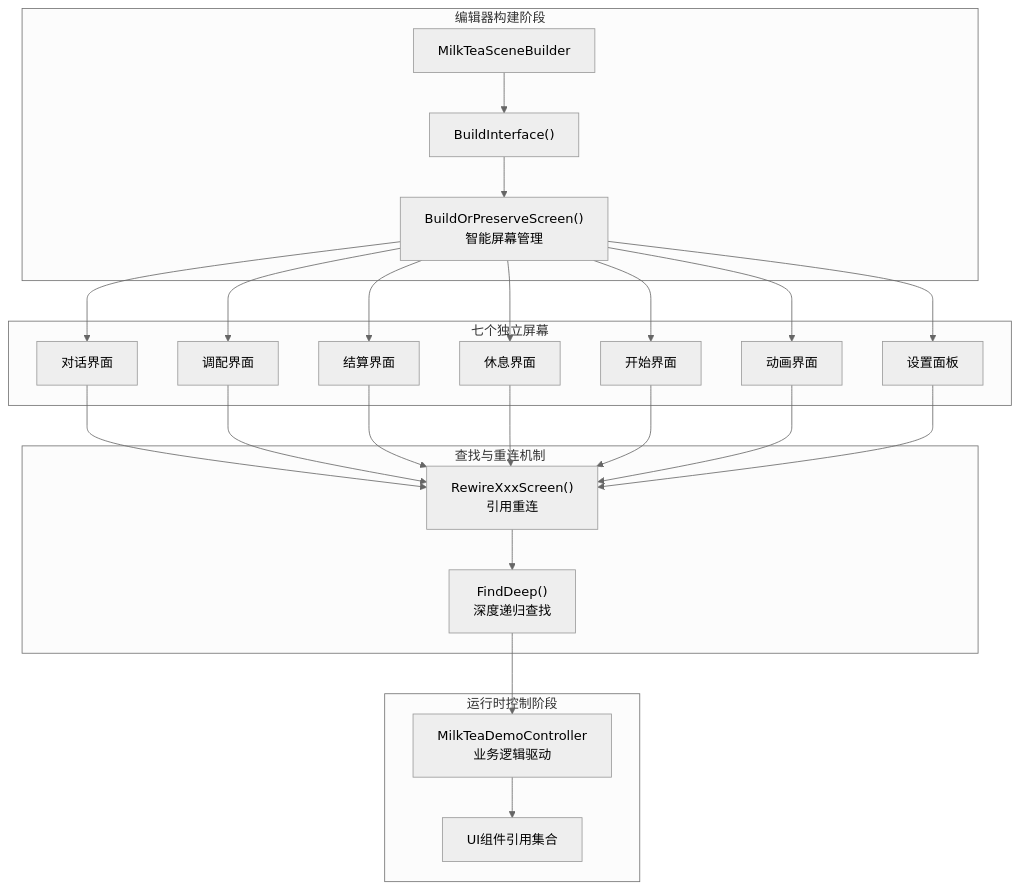
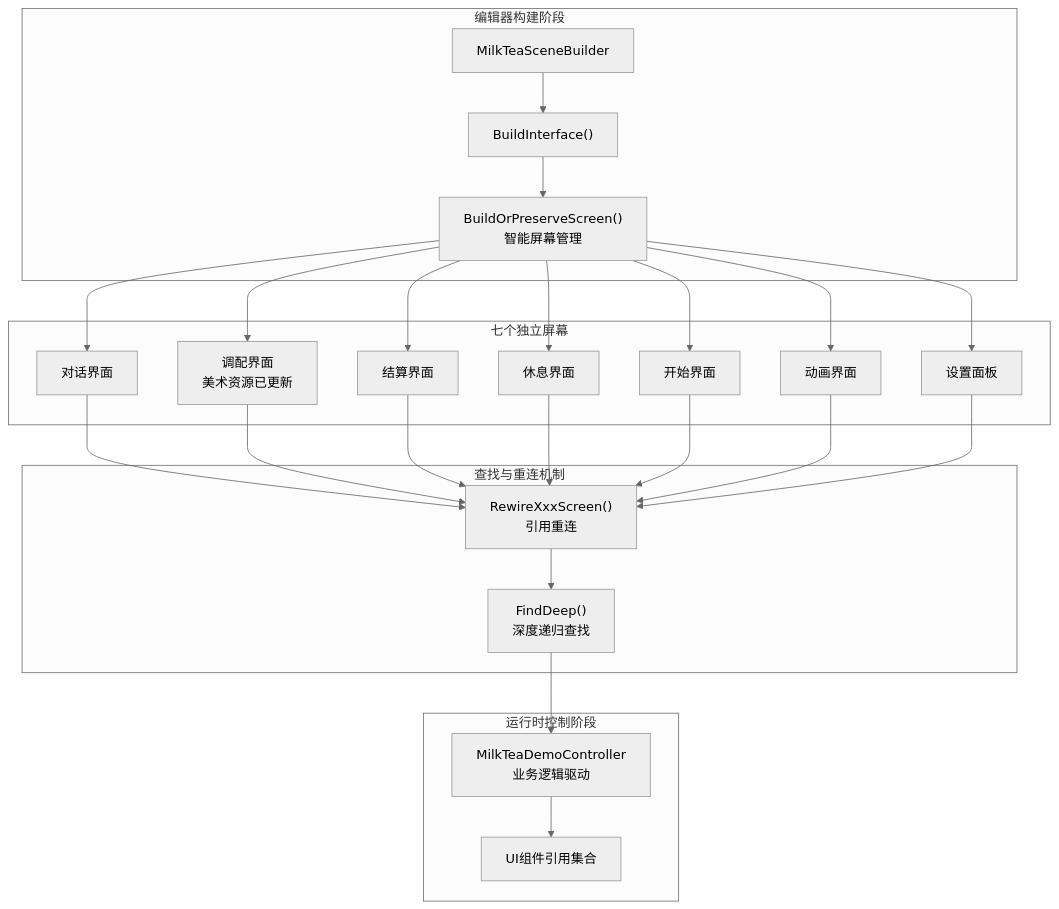
The second of 5 diagrams in .qoder/repowiki/zh/content/核心系统详解/UI系统架构.md (Thanatos42/-demo), drawn with Mermaid (neutral theme) before and after one commit. The commit also changed other lines of this file and 34 other files, not shown here.

````diff
--- a/.qoder/repowiki/zh/content/核心系统详解/UI系统架构.md
+++ b/.qoder/repowiki/zh/content/核心系统详解/UI系统架构.md
@@ -122,44 +120,44 @@
 ```mermaid
 graph TB
 subgraph "编辑器构建阶段"
 Boot["MilkTeaSceneBuilder"]
 Build["BuildInterface()"]
 Smart["BuildOrPreserveScreen()<br/>智能屏幕管理"]
 end
 subgraph "运行时控制阶段"
 Controller["MilkTeaDemoController<br/>业务逻辑驱动"]
 Refs["UI组件引用集合"]
 end
 subgraph "七个独立屏幕"
 Dialogue["对话界面"]
-Mixing["调配界面"]
+Mixing["调配界面<br/>美术资源已更新"]
 Settlement["结算界面"]
 Rest["休息界面"]
 Start["开始界面"]
 Animation["动画界面"]
 Settings["设置面板"]
 end
 subgraph "查找与重连机制"
 Find["FindDeep()<br/>深度递归查找"]
 Rewire["RewireXxxScreen()<br/>引用重连"]
 end
 Boot --> Build
 Build --> Smart
 Smart --> Dialogue
 Smart --> Mixing
 Smart --> Settlement
 Smart --> Rest
 Smart --> Start
 Smart --> Animation
 Smart --> Settings
 Dialogue --> Rewire
 Mixing --> Rewire
 Settlement --> Rewire
 Rest --> Rewire
 Start --> Rewire
 Animation --> Rewire
 Settings --> Rewire
 Rewire --> Find
 Find --> Controller
 Controller --> Refs
 ```
````
